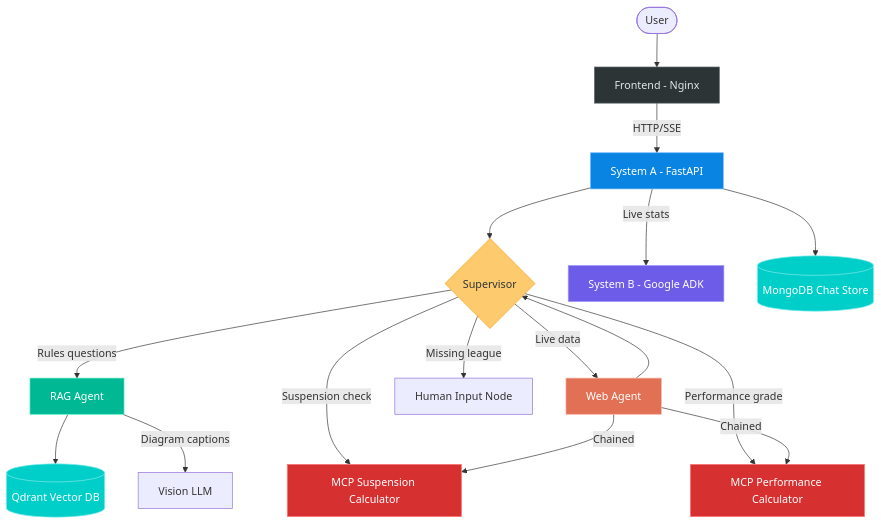
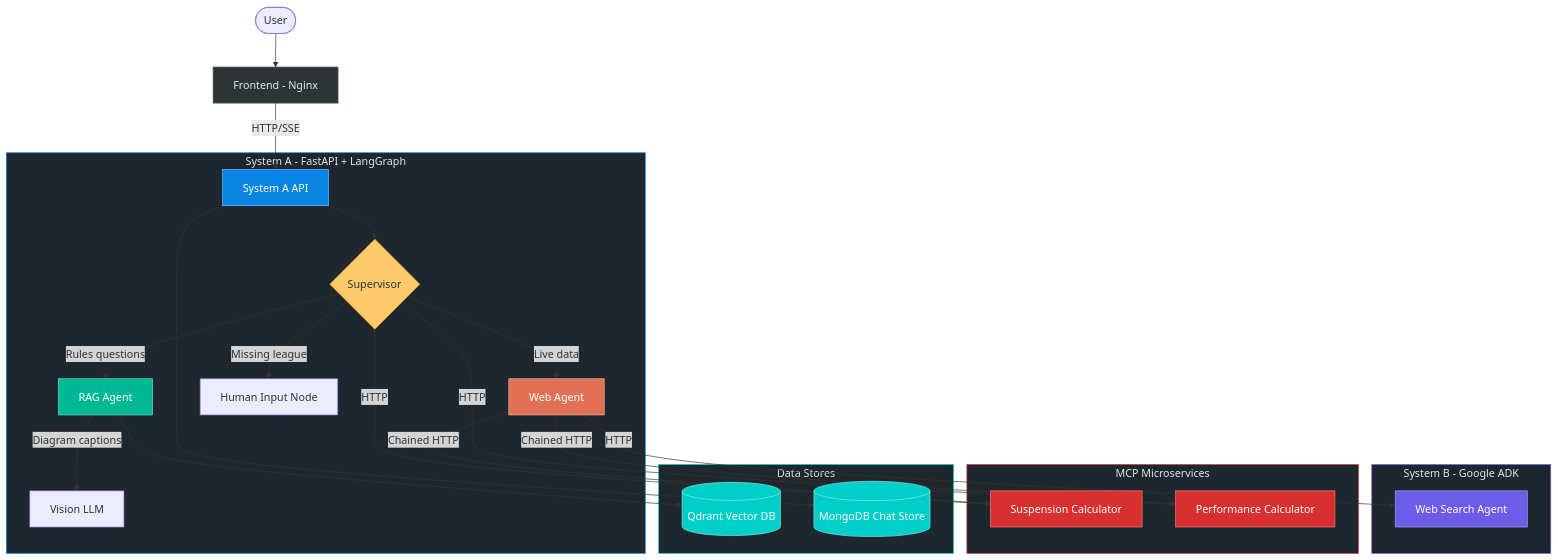
Before and after one commit to AndreELCHAM/basketball-multiagent-assistant: the diagram in README.md, drawn with Mermaid. The commit also changed other lines of this file and 1 other file, not shown here.

Commit message:
fixed diagram in readme

````diff
--- a/README.md
+++ b/README.md
@@ -11,34 +11,50 @@
 ```mermaid
 graph TB
     User([User]) --> Frontend[Frontend - Nginx]
-    Frontend --> |HTTP/SSE| SystemA[System A - FastAPI]
+    Frontend --> |HTTP/SSE| SystemA
 
-    SystemA --> Supervisor{Supervisor}
+    subgraph SystemA_Group["System A - FastAPI + LangGraph"]
+        SystemA[System A API] --> Supervisor{Supervisor}
+        Supervisor --> |Rules questions| RAG[RAG Agent]
+        Supervisor --> |Live data| Web[Web Agent]
+        Supervisor --> |Missing league| HumanInput[Human Input Node]
+        RAG --> |Diagram captions| VLM[Vision LLM]
+    end
 
-    Supervisor --> |Rules questions| RAG[RAG Agent]
-    Supervisor --> |Live data| Web[Web Agent]
-    Supervisor --> |Suspension check| MCP_S[MCP Suspension Calculator]
-    Supervisor --> |Performance grade| MCP_P[MCP Performance Calculator]
-    Supervisor --> |Missing league| HumanInput[Human Input Node]
+    subgraph SystemB_Group["System B - Google ADK"]
+        SystemB[Web Search Agent]
+    end
 
-    RAG --> Qdrant[(Qdrant Vector DB)]
-    RAG --> |Diagram captions| VLM[Vision LLM]
+    subgraph MCP_Group["MCP Microservices"]
+        MCP_S[Suspension Calculator]
+        MCP_P[Performance Calculator]
+    end
 
-    Web --> Supervisor
-    Web --> |Chained| MCP_S
-    Web --> |Chained| MCP_P
+    subgraph Data_Group["Data Stores"]
+        Qdrant[(Qdrant Vector DB)]
+        MongoDB[(MongoDB Chat Store)]
+    end
 
-    SystemA --> |Live stats| SystemB[System B - Google ADK]
-    SystemA --> MongoDB[(MongoDB Chat Store)]
+    Web --> |HTTP| SystemB
+    Supervisor --> |HTTP| MCP_S
+    Supervisor --> |HTTP| MCP_P
+    Web --> |Chained HTTP| MCP_S
+    Web --> |Chained HTTP| MCP_P
+    RAG --> Qdrant
+    SystemA --> MongoDB
 
     style Frontend fill:#2d3436,stroke:#636e72,color:#dfe6e9
     style SystemA fill:#0984e3,stroke:#74b9ff,color:#fff
     style SystemB fill:#6c5ce7,stroke:#a29bfe,color:#fff
     style Supervisor fill:#fdcb6e,stroke:#f39c12,color:#2d3436
     style RAG fill:#00b894,stroke:#55efc4,color:#fff
     style Web fill:#e17055,stroke:#fab1a0,color:#fff
     style MCP_S fill:#d63031,stroke:#ff7675,color:#fff
     style MCP_P fill:#d63031,stroke:#ff7675,color:#fff
     style Qdrant fill:#00cec9,stroke:#81ecec,color:#fff
     style MongoDB fill:#00cec9,stroke:#81ecec,color:#fff
+    style SystemA_Group fill:#1e272e,stroke:#0984e3,color:#dfe6e9
+    style SystemB_Group fill:#1e272e,stroke:#6c5ce7,color:#dfe6e9
+    style MCP_Group fill:#1e272e,stroke:#d63031,color:#dfe6e9
+    style Data_Group fill:#1e272e,stroke:#00cec9,color:#dfe6e9
 ```
````
